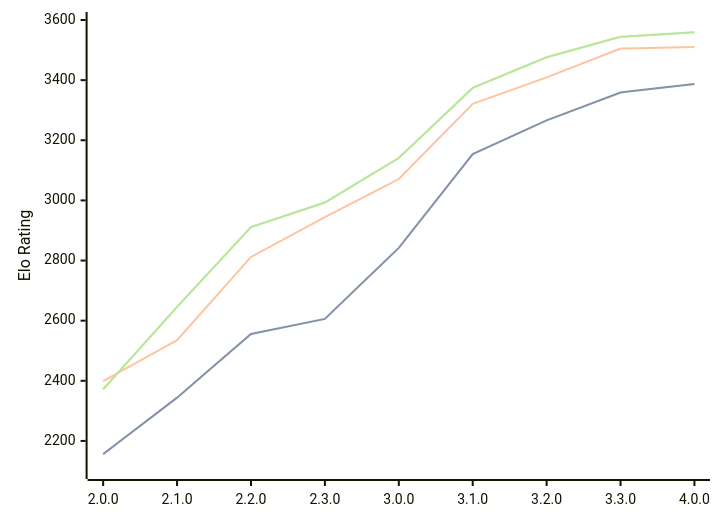
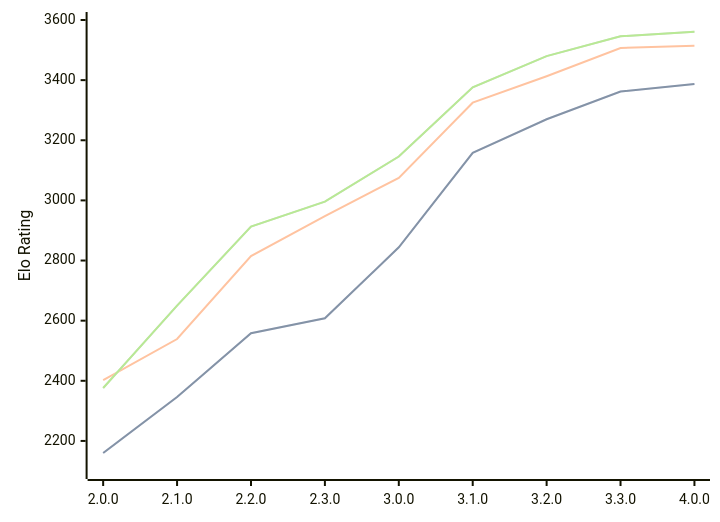
The diagram in engines/Raphael.md (computer-chess-index/cci), drawn with Mermaid before and after one commit. The commit also changed other lines of this file, not shown here.

Commit message:
Update CCI Ratings (ELO VLTC) - 2026-04-30

````diff
--- a/engines/Raphael.md
+++ b/engines/Raphael.md
@@ -51,11 +51,11 @@
 ```mermaid
 %%{init: {"theme":"base","themeVariables":{"seriesColors:['#a3a3a3','#222221','#faa371']}}}%%
 xychart-beta
   x-axis ["2.0.0", "2.1.0", "2.2.0", "2.3.0", "3.0.0", "3.1.0", "3.2.0", "3.3.0", "4.0.0"]
   y-axis "Elo Rating" 2100 --> 3600
-  line "STC (8.0+0.08s)" [2156, 2344, 2556, 2606, 2842, 3154, 3266, 3359, 3387]
-  line "STC (8.0+0.08s)" [2156, 2344, 2556, 2606, 2842, 3154, 3266, 3359, 3387]
-  line "LTC (60.0+0.60s)" [2399, 2535, 2812, 2944, 3071, 3321, 3409, 3505, 3510]
-  line "VLTC (2m24s+1.12s)" [2372, 2646, 2911, 2993, 3141, 3374, 3476, 3544, 3559]
-  line "VLTC (2m24s+1.12s)" [2372, 2646, 2911, 2993, 3141, 3374, 3476, 3544, 3559]
+  line "STC (8.0+0.08s)" [2160, 2346, 2558, 2608, 2844, 3158, 3270, 3362, 3387]
+  line "STC (8.0+0.08s)" [2160, 2346, 2558, 2608, 2844, 3158, 3270, 3362, 3387]
+  line "LTC (60.0+0.60s)" [2402, 2539, 2815, 2948, 3075, 3325, 3413, 3507, 3514]
+  line "VLTC (2m24s+1.12s)" [2376, 2650, 2913, 2996, 3146, 3376, 3480, 3546, 3561]
+  line "VLTC (2m24s+1.12s)" [2376, 2650, 2913, 2996, 3146, 3376, 3480, 3546, 3561]
 ```
````
